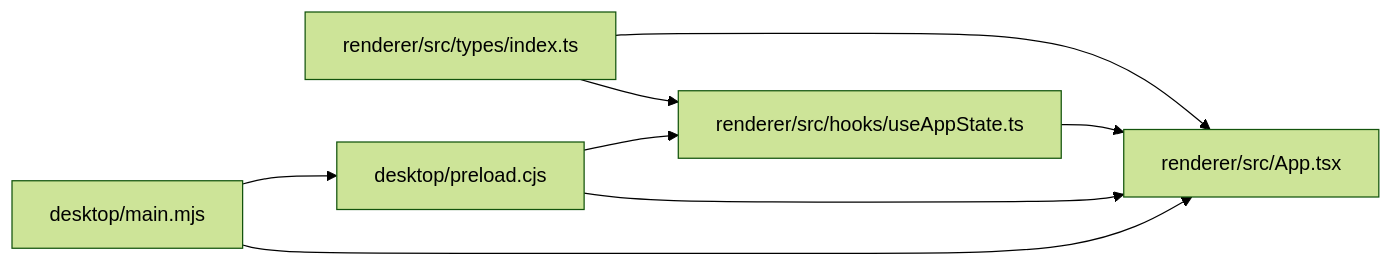
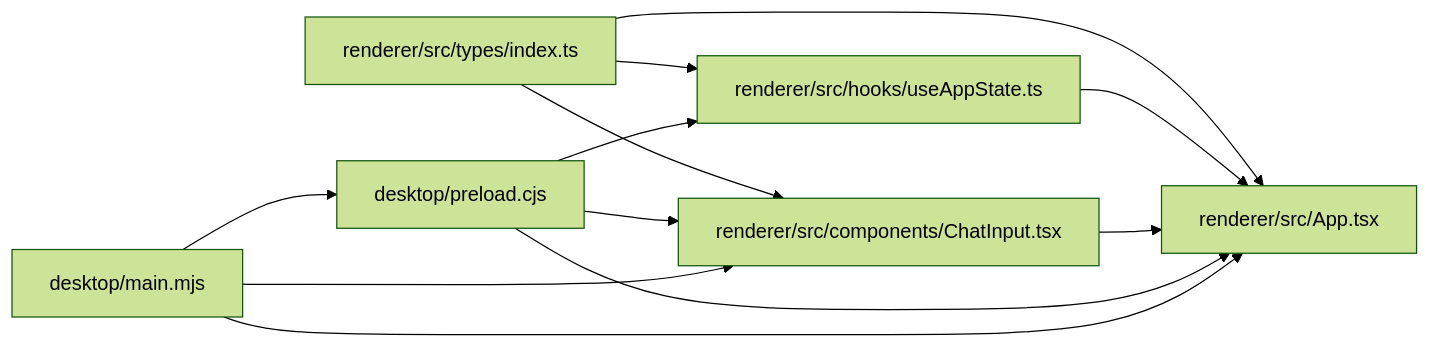
Before and after one commit to linkin770/illama-cpp-desktop: the fifth of 5 diagrams in .qoder/repowiki/zh/content/IPC 通信机制.md, drawn with Mermaid (forest theme). The commit also changed other lines of this file and 23 other files, not shown here.

````diff
--- a/.qoder/repowiki/zh/content/IPC 通信机制.md
+++ b/.qoder/repowiki/zh/content/IPC 通信机制.md
@@ -302,10 +330,14 @@
 ```mermaid
 graph LR
 Types["renderer/src/types/index.ts"] --> App["renderer/src/App.tsx"]
 Types --> Hooks["renderer/src/hooks/useAppState.ts"]
+Types --> ChatInput["renderer/src/components/ChatInput.tsx"]
 Hooks --> App
+ChatInput --> App
 Preload["desktop/preload.cjs"] --> App
 Preload --> Hooks
+Preload --> ChatInput
 Main["desktop/main.mjs"] --> Preload
 Main --> App
+Main --> ChatInput
 ```
````
